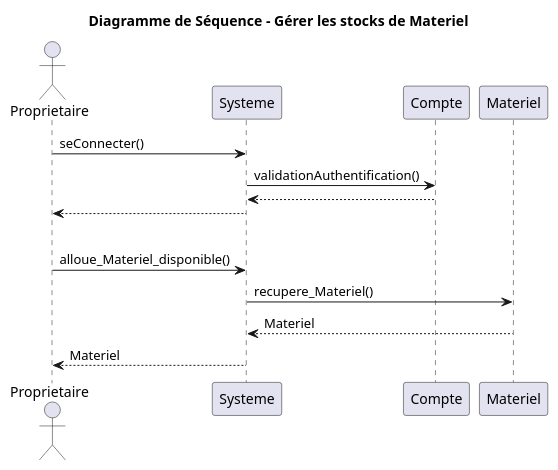
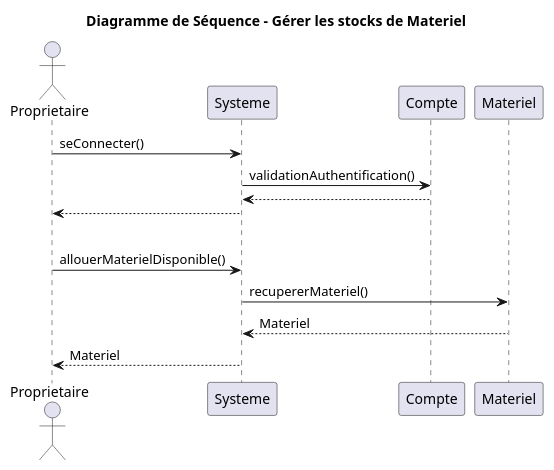
One commit to Egario54/ProjetClubNautique changed the diagram in UML/Diagramme_sequence_gerer_stock_materiel.puml. Above: the diagram before and after it, drawn with PlantUML. The commit also changed 13 other files, not shown here.

First line of the commit message:
Ajout du diagramme de classe

```diff
--- a/UML/Diagramme_sequence_gerer_stock_materiel.puml
+++ b/UML/Diagramme_sequence_gerer_stock_materiel.puml
@@ -1,27 +1,26 @@
 @startuml
 title Diagramme de Séquence - Gérer les stocks de Materiel
 actor Proprietaire
 participant Systeme
 participant Compte
 participant Materiel
 
 'Connexion à un compte'
 Proprietaire -> Systeme: seConnecter()
 Systeme -> Compte: validationAuthentification()
 return
 Systeme --> Proprietaire
 
 
-
 'Séparation'
 |||
 
 
 'Propriétaire Alloue du Materiel disponible'
-Proprietaire -> Systeme: alloue_Materiel_disponible()
-Systeme -> Materiel: recupere_Materiel()
+Proprietaire -> Systeme: allouerMaterielDisponible()
+Systeme -> Materiel: recupererMateriel()
 Materiel --> Systeme: Materiel
 Systeme --> Proprietaire: Materiel
 
 
 @enduml
```
